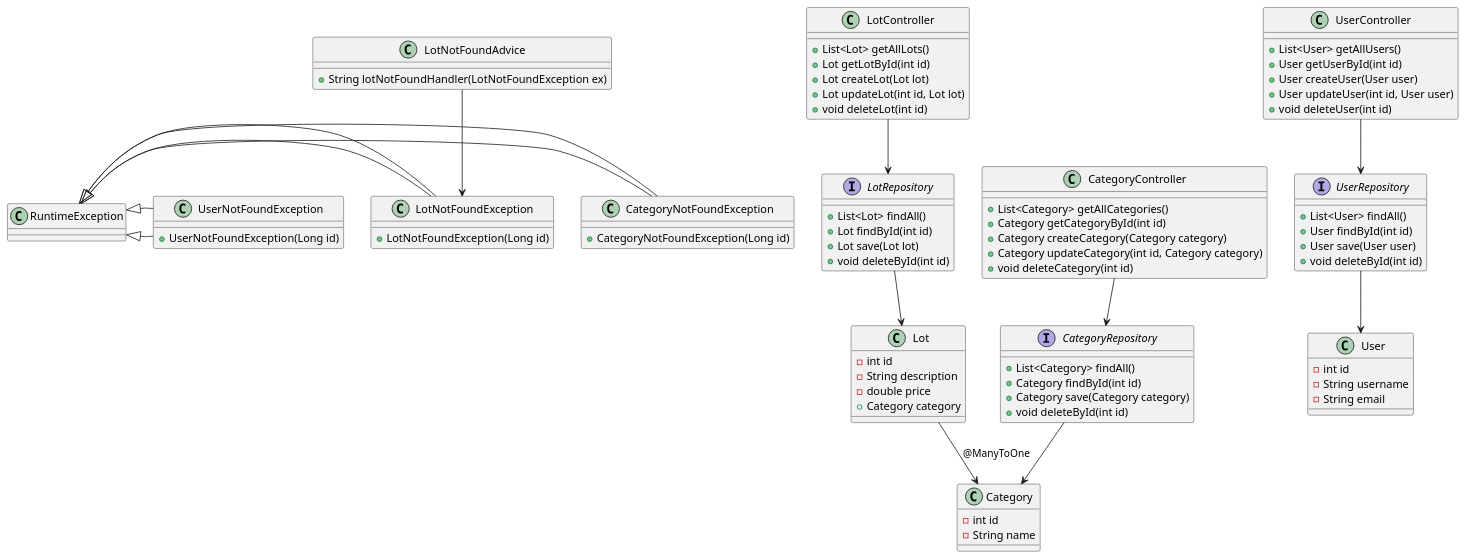
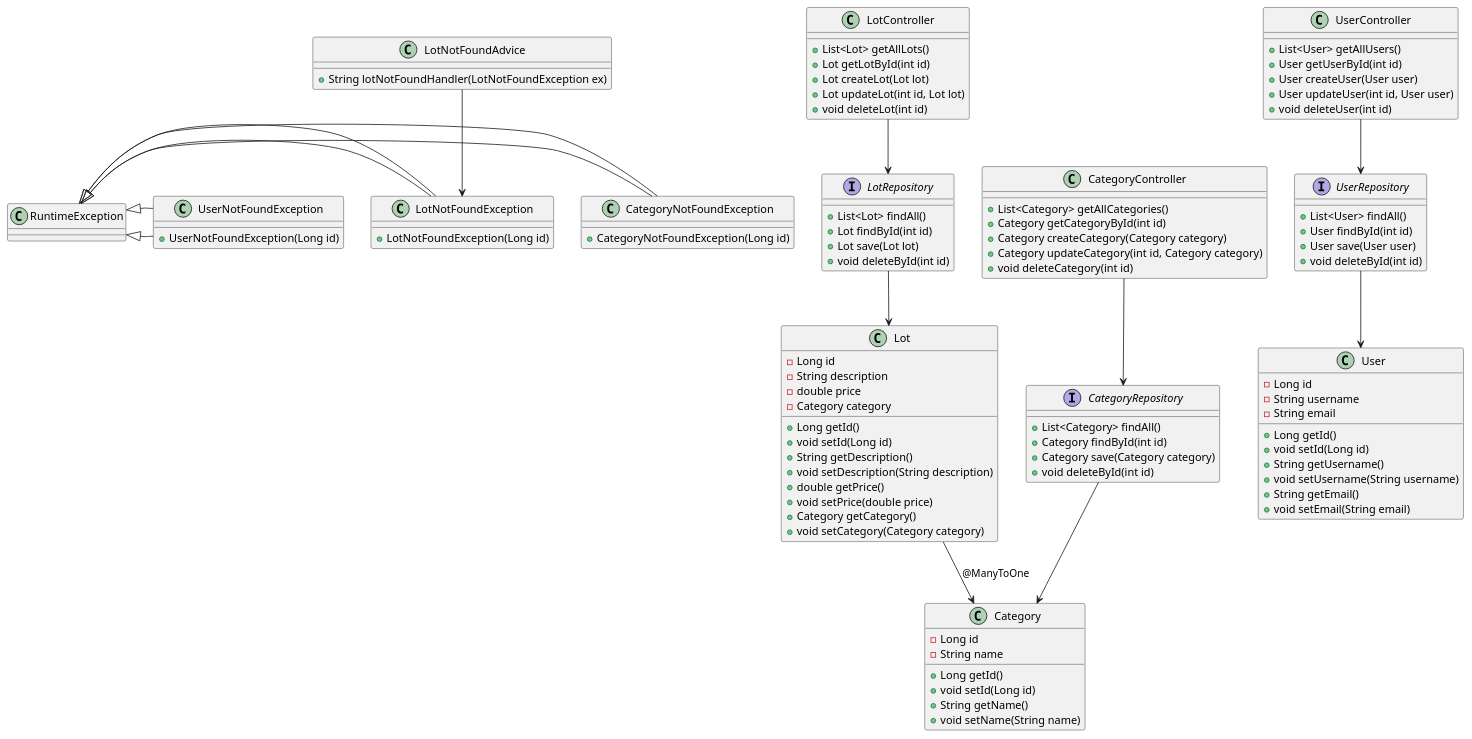
Before and after one commit to ETML-ES-PROJ-LABE-LAFE/LesJardiniersDuDimanche-Frontend: the diagram in Annexes/DiagrammeDeClasse.puml, drawn with PlantUML.

Commit message:
fix : Mise a jour Diagramme de Classe

```diff
--- a/Annexes/DiagrammeDeClasse.puml
+++ b/Annexes/DiagrammeDeClasse.puml
@@ -1,96 +1,114 @@
 @startuml
 
 class Category {
-    - int id
+    - Long id
     - String name
+    + Long getId()
+    + void setId(Long id)
+    + String getName()
+    + void setName(String name)
 }
 
 class Lot {
-    - int id
+    - Long id
     - String description
     - double price
-    + Category category
+    - Category category
+    + Long getId()
+    + void setId(Long id)
+    + String getDescription()
+    + void setDescription(String description)
+    + double getPrice()
+    + void setPrice(double price)
+    + Category getCategory()
+    + void setCategory(Category category)
 }
 
 class User {
-    - int id
+    - Long id
     - String username
     - String email
+    + Long getId()
+    + void setId(Long id)
+    + String getUsername()
+    + void setUsername(String username)
+    + String getEmail()
+    + void setEmail(String email)
 }
 
 class CategoryController {
     + List<Category> getAllCategories()
     + Category getCategoryById(int id)
     + Category createCategory(Category category)
     + Category updateCategory(int id, Category category)
     + void deleteCategory(int id)
 }
 
 class CategoryNotFoundException extends RuntimeException {
     + CategoryNotFoundException(Long id)
 }
 
 class LotController {
     + List<Lot> getAllLots()
     + Lot getLotById(int id)
     + Lot createLot(Lot lot)
     + Lot updateLot(int id, Lot lot)
     + void deleteLot(int id)
 }
 
 class LotNotFoundAdvice {
     + String lotNotFoundHandler(LotNotFoundException ex)
 }
 
 class LotNotFoundException extends RuntimeException {
     + LotNotFoundException(Long id)
 }
 
 class UserController {
     + List<User> getAllUsers()
     + User getUserById(int id)
     + User createUser(User user)
     + User updateUser(int id, User user)
     + void deleteUser(int id)
 }
 
 class UserNotFoundException extends RuntimeException {
     + UserNotFoundException(Long id)
 }
 
 interface CategoryRepository {
     + List<Category> findAll()
     + Category findById(int id)
     + Category save(Category category)
     + void deleteById(int id)
 }
 
 interface LotRepository {
     + List<Lot> findAll()
     + Lot findById(int id)
     + Lot save(Lot lot)
     + void deleteById(int id)
 }
 
 interface UserRepository {
     + List<User> findAll()
     + User findById(int id)
     + User save(User user)
     + void deleteById(int id)
 }
 
 CategoryController --> CategoryRepository
 LotController --> LotRepository
 UserController --> UserRepository
 CategoryRepository --> Category
 LotRepository --> Lot
 UserRepository --> User
 
 Lot --> Category : @ManyToOne
 
 CategoryNotFoundException -|> RuntimeException
 LotNotFoundException -|> RuntimeException
 UserNotFoundException -|> RuntimeException
 LotNotFoundAdvice --> LotNotFoundException
 
 @enduml
```
